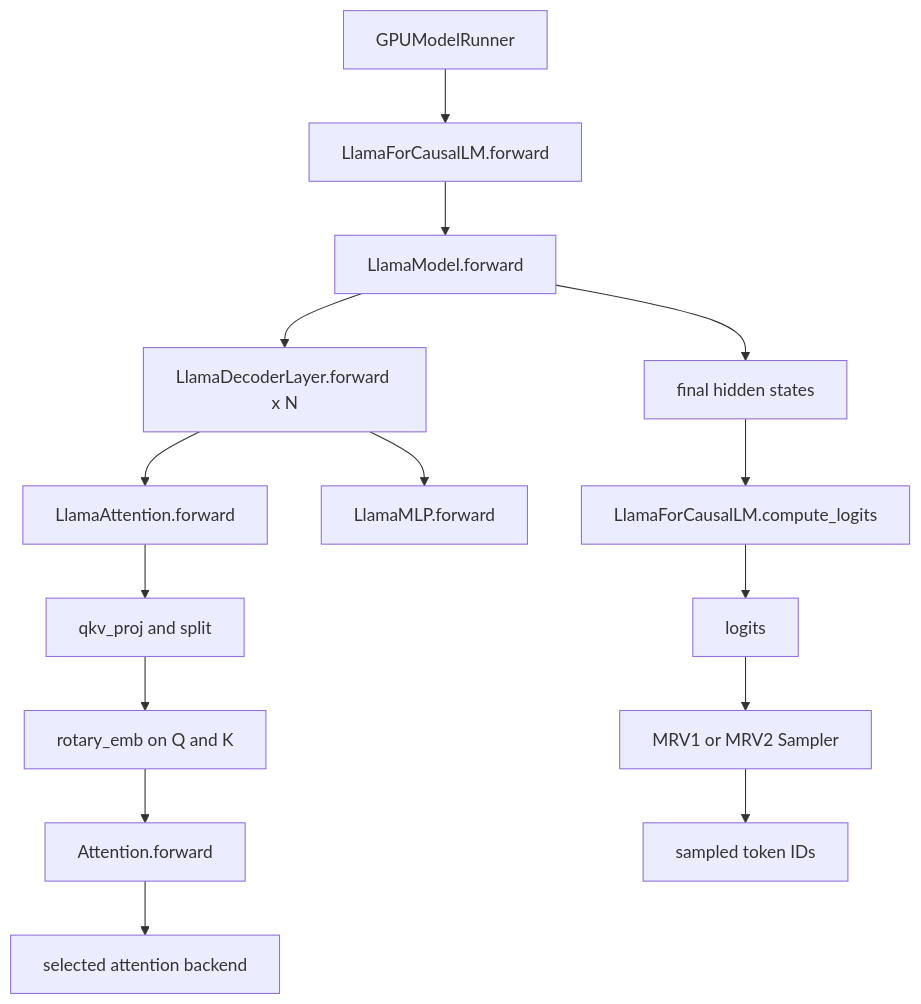
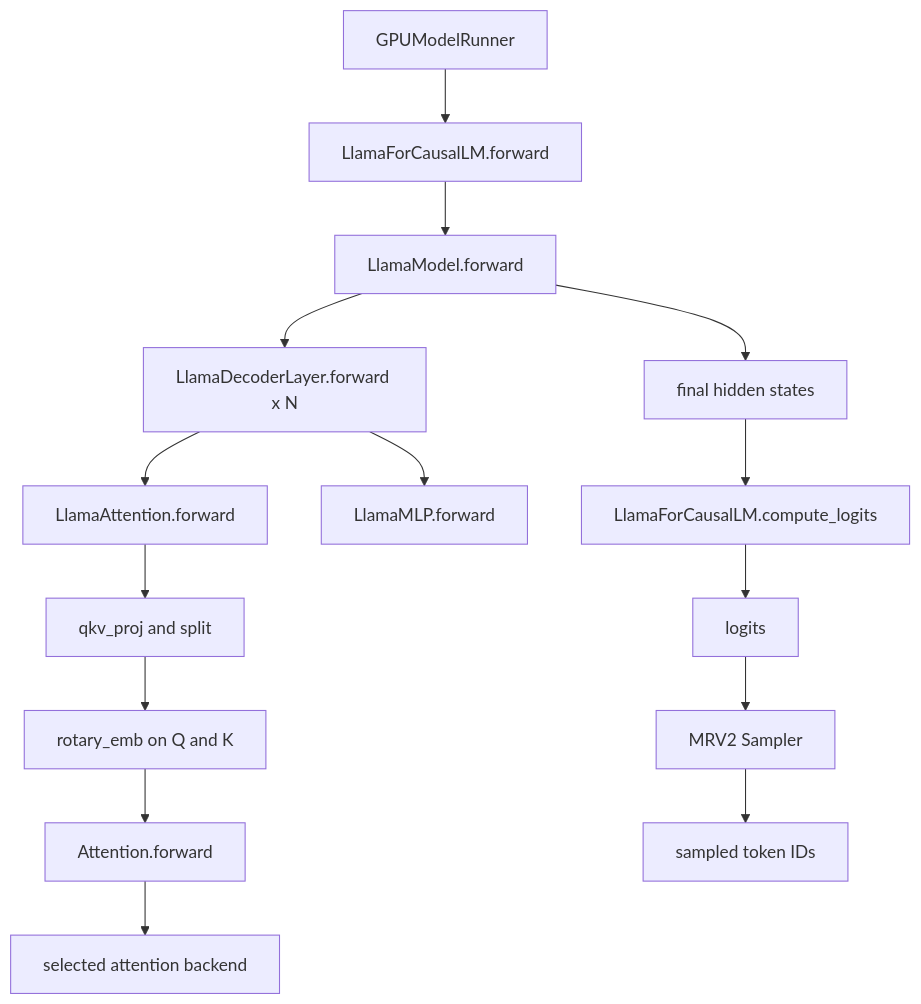
One commit to cluster1900/vllm_reader changed diagram 12 of 12 in book/01-transformer-inference/README.md. Above: the diagram before and after it, drawn with Mermaid. The commit also changed other lines of this file, not shown here.

Commit message:
docs(B6): ch01 sampler narrative rebound to MRV2 only

````diff
--- a/book/01-transformer-inference/README.md
+++ b/book/01-transformer-inference/README.md
@@ -1167,17 +1175,17 @@
 ```mermaid
 flowchart TD
     Runner[GPUModelRunner] --> LF[LlamaForCausalLM.forward]
     LF --> LM[LlamaModel.forward]
     LM --> Layer[LlamaDecoderLayer.forward x N]
     Layer --> LA[LlamaAttention.forward]
     LA --> QKV[qkv_proj and split]
     QKV --> RoPE[rotary_emb on Q and K]
     RoPE --> A[Attention.forward]
     A --> Backend[selected attention backend]
     Layer --> MLP[LlamaMLP.forward]
     LM --> Hidden[final hidden states]
     Hidden --> CL[LlamaForCausalLM.compute_logits]
     CL --> Logits[logits]
-    Logits --> Sampler[MRV1 or MRV2 Sampler]
+    Logits --> Sampler[MRV2 Sampler]
     Sampler --> IDs[sampled token IDs]
 ```
````
